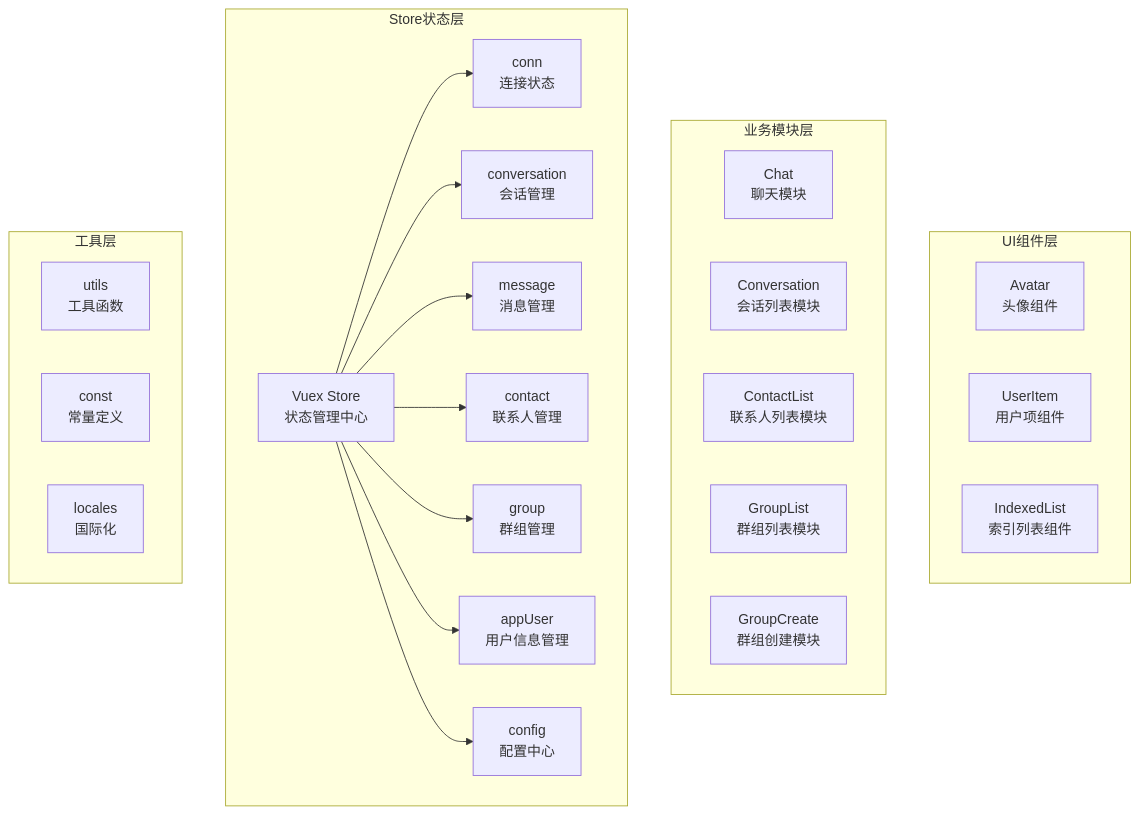
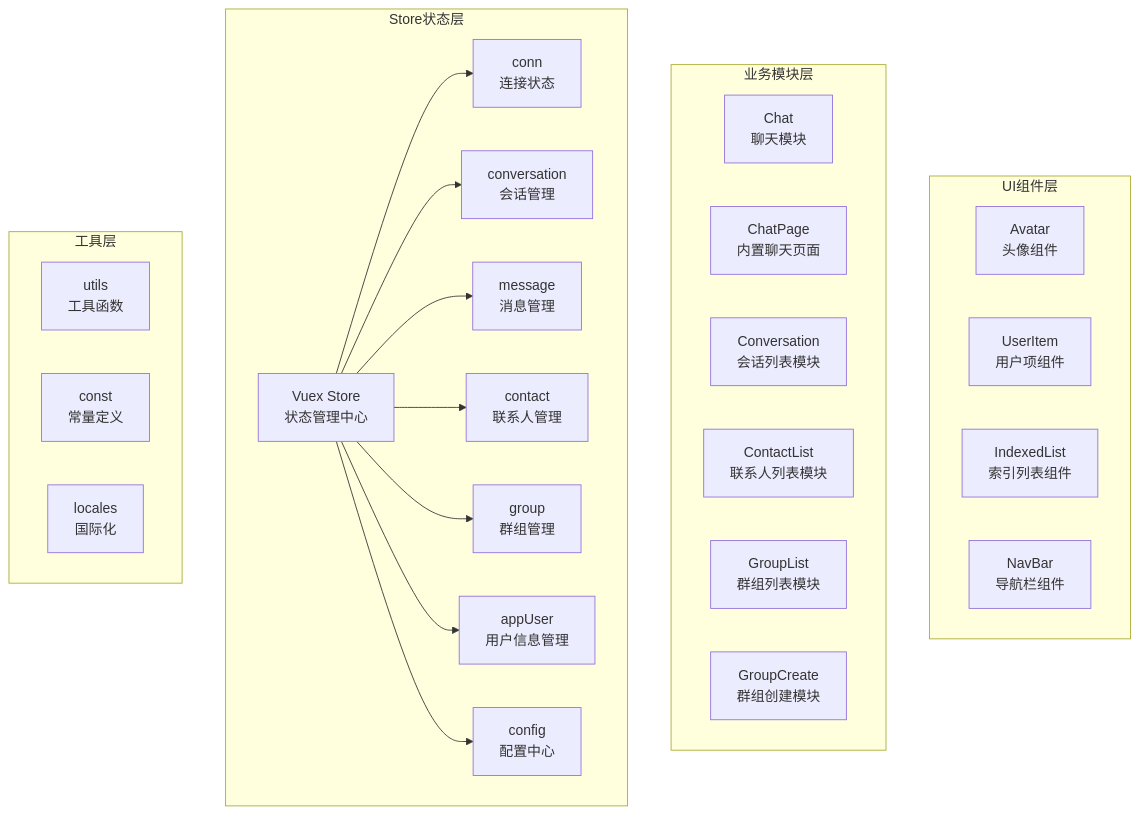
One commit to Easemob-Community/easemob-uikit-uniapp-community changed the first of 3 diagrams in .qoder/repowiki/zh/content/快速开始.md. Above: the diagram before and after it, drawn with Mermaid. The commit also changed other lines of this file and 11 other files, not shown here.

````diff
--- a/.qoder/repowiki/zh/content/快速开始.md
+++ b/.qoder/repowiki/zh/content/快速开始.md
@@ -53,37 +63,39 @@
 ```mermaid
 graph TB
 subgraph "UI组件层"
 A_Avatar["Avatar<br/>头像组件"]
 A_UserItem["UserItem<br/>用户项组件"]
 A_IndexedList["IndexedList<br/>索引列表组件"]
+A_NavBar["NavBar<br/>导航栏组件"]
 end
 subgraph "业务模块层"
 B_Chat["Chat<br/>聊天模块"]
+B_ChatPage["ChatPage<br/>内置聊天页面"]
 B_Conversation["Conversation<br/>会话列表模块"]
 B_ContactList["ContactList<br/>联系人列表模块"]
 B_GroupList["GroupList<br/>群组列表模块"]
 B_GroupCreate["GroupCreate<br/>群组创建模块"]
 end
 subgraph "Store状态层"
 C_Store["Vuex Store<br/>状态管理中心"]
 C_Conn["conn<br/>连接状态"]
 C_Conversation["conversation<br/>会话管理"]
 C_Message["message<br/>消息管理"]
 C_Contact["contact<br/>联系人管理"]
 C_Group["group<br/>群组管理"]
 C_AppUser["appUser<br/>用户信息管理"]
 C_Config["config<br/>配置中心"]
 end
 subgraph "工具层"
 D_Utils["utils<br/>工具函数"]
 D_Const["const<br/>常量定义"]
 D_Locales["locales<br/>国际化"]
 end
 C_Store --> C_Conn
 C_Store --> C_Conversation
 C_Store --> C_Message
 C_Store --> C_Contact
 C_Store --> C_Group
 C_Store --> C_AppUser
 C_Store --> C_Config
 ```
````
